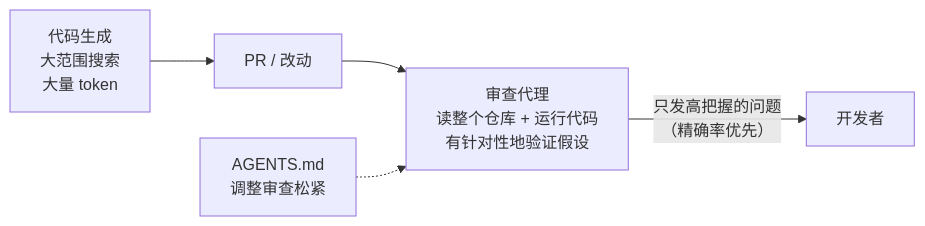
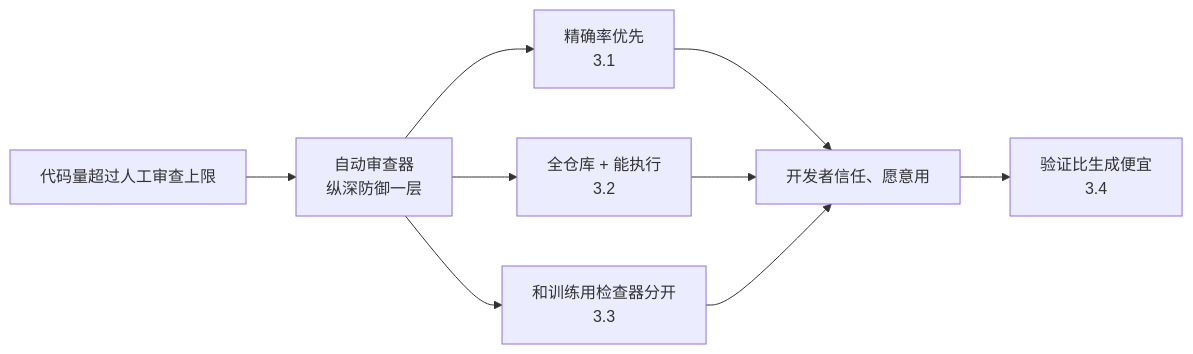
The diagram in docs/31-openai-verifying-code-at-scale.md (yzw7489757/ai-coding-videos), drawn with Mermaid before and after one commit. The commit also changed other lines of this file and 6 other files, not shown here.

````diff
--- a/docs/31-openai-verifying-code-at-scale.md
+++ b/docs/31-openai-verifying-code-at-scale.md
@@ -93,7 +62,11 @@
 ```mermaid
 flowchart LR
-    G["代码生成<br/>大范围搜索<br/>大量 token"] --> PR["PR / 改动"]
-    PR --> V["审查代理<br/>读整个仓库 + 运行代码<br/>有针对性地验证假设"]
-    V -->|"只发高把握的问题<br/>（精确率优先）"| H["开发者"]
-    A["AGENTS.md<br/>调整审查松紧"] -.-> V
+  A["代码量超过人工审查上限"] --> B["自动审查器<br/>纵深防御一层"]
+  B --> C["精确率优先<br/>3.1"]
+  B --> D["全仓库 + 能执行<br/>3.2"]
+  B --> E["和训练用检查器分开<br/>3.3"]
+  C --> F["开发者信任、愿意用"]
+  D --> F
+  E --> F
+  F --> G["验证比生成便宜<br/>3.4"]
 ```
````
